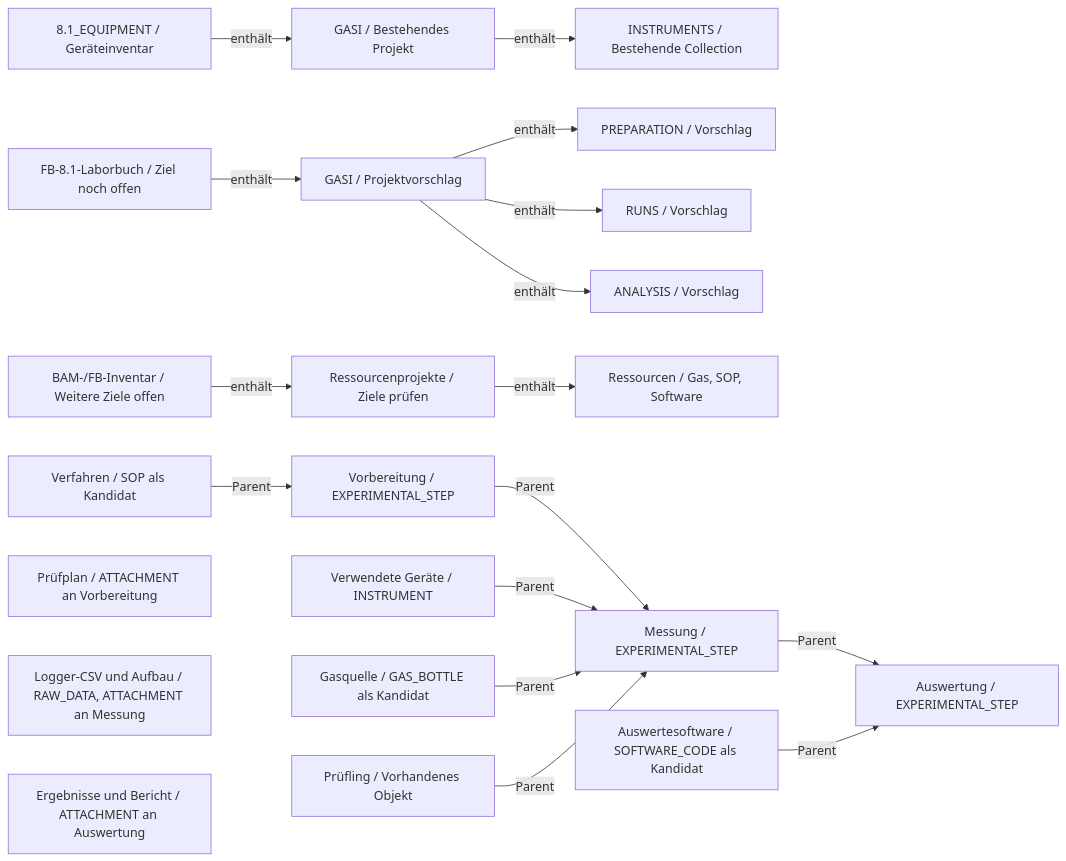
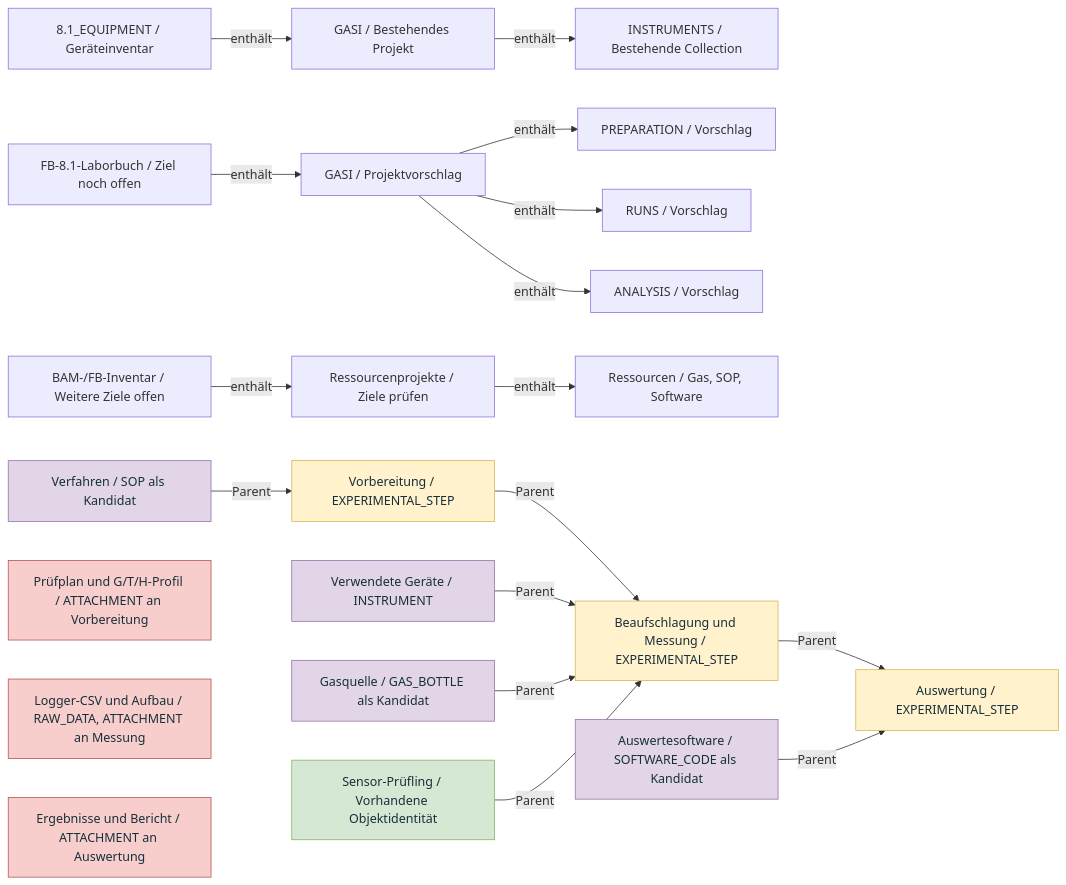
The third of 4 diagrams in docs/GaSi_Konzeptmodell.md (pneumann1980/gasi-openbis), drawn with Mermaid before and after one commit. The commit also changed other lines of this file and 24 other files, not shown here.

````diff
--- a/docs/GaSi_Konzeptmodell.md
+++ b/docs/GaSi_Konzeptmodell.md
@@ -182,22 +229,30 @@
 ```mermaid
 flowchart LR
     %% gasi-view: combined
     IS[8.1_EQUIPMENT / Geräteinventar] -->|enthält| IP[GASI / Bestehendes Projekt]
     IP -->|enthält| IC[INSTRUMENTS / Bestehende Collection]
     LS[FB-8.1-Laborbuch / Ziel noch offen] -->|enthält| LP[GASI / Projektvorschlag]
     LP -->|enthält| PC[PREPARATION / Vorschlag]
     LP -->|enthält| MC[RUNS / Vorschlag]
     LP -->|enthält| EC[ANALYSIS / Vorschlag]
     RS[BAM-/FB-Inventar / Weitere Ziele offen] -->|enthält| RP[Ressourcenprojekte / Ziele prüfen]
     RP -->|enthält| RC[Ressourcen / Gas, SOP, Software]
     Q[Verfahren / SOP als Kandidat] -->|Parent| P[Vorbereitung / EXPERIMENTAL_STEP]
-    P -->|Parent| M[Messung / EXPERIMENTAL_STEP]
+    P -->|Parent| M[Beaufschlagung und Messung / EXPERIMENTAL_STEP]
     M -->|Parent| E[Auswertung / EXPERIMENTAL_STEP]
     I[Verwendete Geräte / INSTRUMENT] -->|Parent| M
     G[Gasquelle / GAS_BOTTLE als Kandidat] -->|Parent| M
-    D[Prüfling / Vorhandenes Objekt] -->|Parent| M
+    D[Sensor-Prüfling / Vorhandene Objektidentität] -->|Parent| M
     W[Auswertesoftware / SOFTWARE_CODE als Kandidat] -->|Parent| E
-    DP[Prüfplan / ATTACHMENT an Vorbereitung]
+    DP[Prüfplan und G/T/H-Profil / ATTACHMENT an Vorbereitung]
     DM[Logger-CSV und Aufbau / RAW_DATA, ATTACHMENT an Messung]
     DE[Ergebnisse und Bericht / ATTACHMENT an Auswertung]
+    classDef activity fill:#fff2cc,stroke:#d6b656,color:#172f3a
+    classDef sample fill:#d5e8d4,stroke:#82b366,color:#172f3a
+    classDef resource fill:#e1d5e7,stroke:#9673a6,color:#172f3a
+    classDef dataset fill:#f8cecc,stroke:#b85450,color:#172f3a
+    class P,M,E activity
+    class D sample
+    class I,Q,G,W resource
+    class DP,DM,DE dataset
 ```
````
